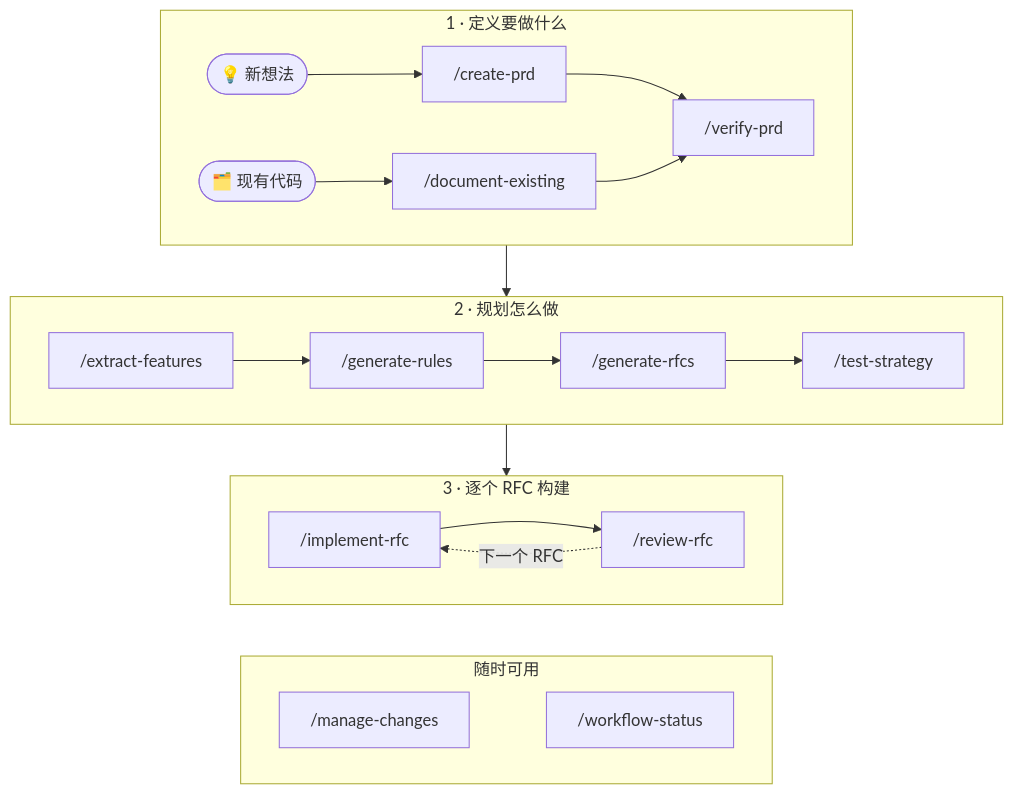
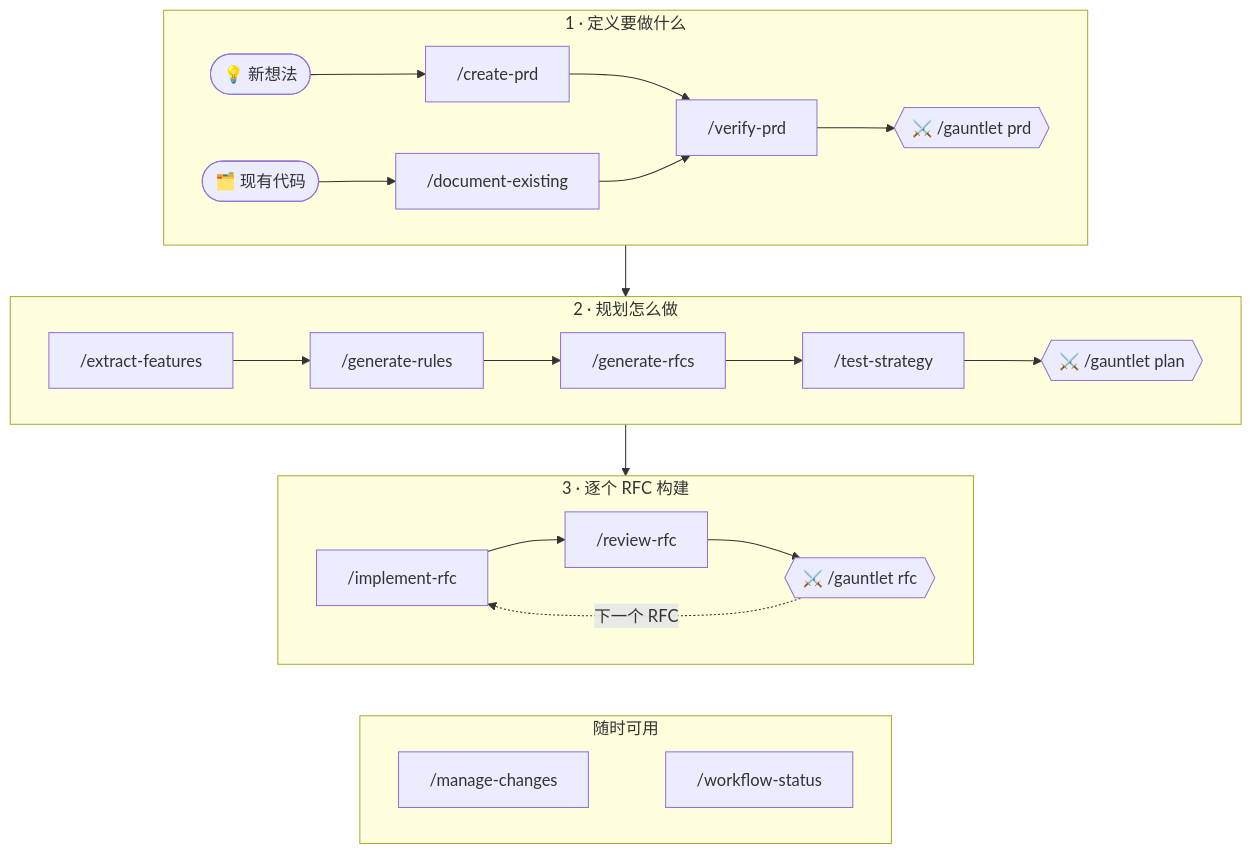
Before and after one commit to nurettincoban/ai-prd-workflow: the diagram in README.zh-CN.md, drawn with Mermaid. The commit also changed other lines of this file and 33 other files, not shown here.

````diff
--- a/README.zh-CN.md
+++ b/README.zh-CN.md
@@ -86,23 +91,24 @@
 ```mermaid
 flowchart TB
     subgraph define ["1 · 定义要做什么"]
         direction LR
         idea([💡 新想法]) --> create["/create-prd"] --> verify["/verify-prd"]
         code([🗂️ 现有代码]) --> document["/document-existing"] --> verify
+        verify --> g1{{"⚔️ /gauntlet prd"}}
     end
     subgraph plan ["2 · 规划怎么做"]
         direction LR
-        features["/extract-features"] --> rules["/generate-rules"] --> rfcs["/generate-rfcs"] --> tests["/test-strategy"]
+        features["/extract-features"] --> rules["/generate-rules"] --> rfcs["/generate-rfcs"] --> tests["/test-strategy"] --> g2{{"⚔️ /gauntlet plan"}}
     end
     subgraph build ["3 · 逐个 RFC 构建"]
         direction LR
-        implement["/implement-rfc"] --> review["/review-rfc"]
-        review -.->|下一个 RFC| implement
+        implement["/implement-rfc"] --> review["/review-rfc"] --> g3{{"⚔️ /gauntlet rfc"}}
+        g3 -.->|下一个 RFC| implement
     end
     subgraph anytime ["随时可用"]
         direction LR
         changes["/manage-changes"] ~~~ status["/workflow-status"]
     end
     define --> plan --> build
     build ~~~ anytime
 ```
````
